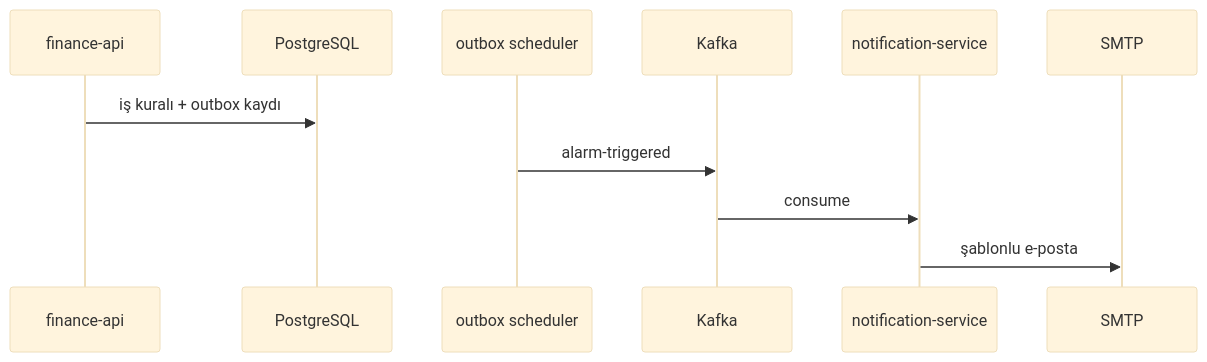
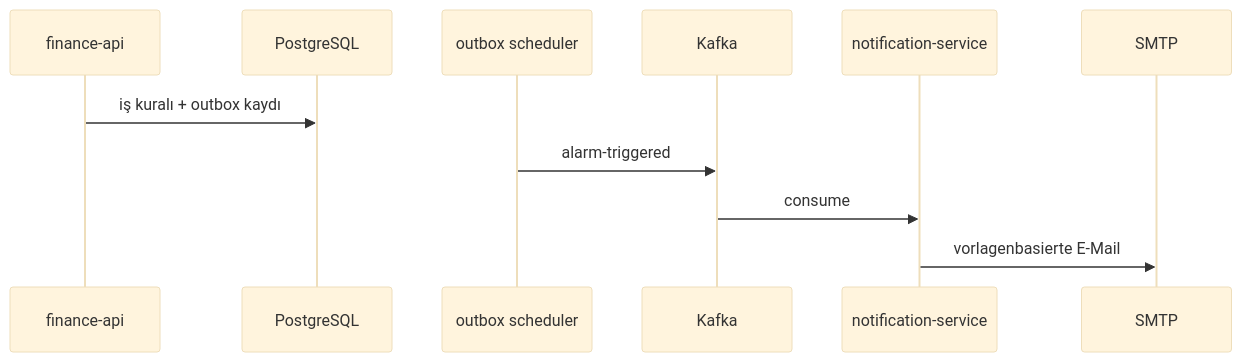
One commit to TaridaG/Toyota-32Bit-Finance-Platform changed the fifth of 6 diagrams in docs/deutsch/services.md. Above: the diagram before and after it, drawn with Mermaid (base theme). The commit also changed 28 other files, not shown here.

````diff
--- a/docs/deutsch/services.md
+++ b/docs/deutsch/services.md
@@ -194,14 +194,14 @@
 ```mermaid
 sequenceDiagram
   participant FA as finance-api
   participant PG as PostgreSQL
   participant OB as outbox scheduler
   participant KF as Kafka
   participant NOTIF as notification-service
   participant SMTP as SMTP
 
   FA->>PG: iş kuralı + outbox kaydı
   OB->>KF: alarm-triggered
   KF->>NOTIF: consume
-  NOTIF->>SMTP: şablonlu e-posta
+  NOTIF->>SMTP: vorlagenbasierte E-Mail
 ```
````
